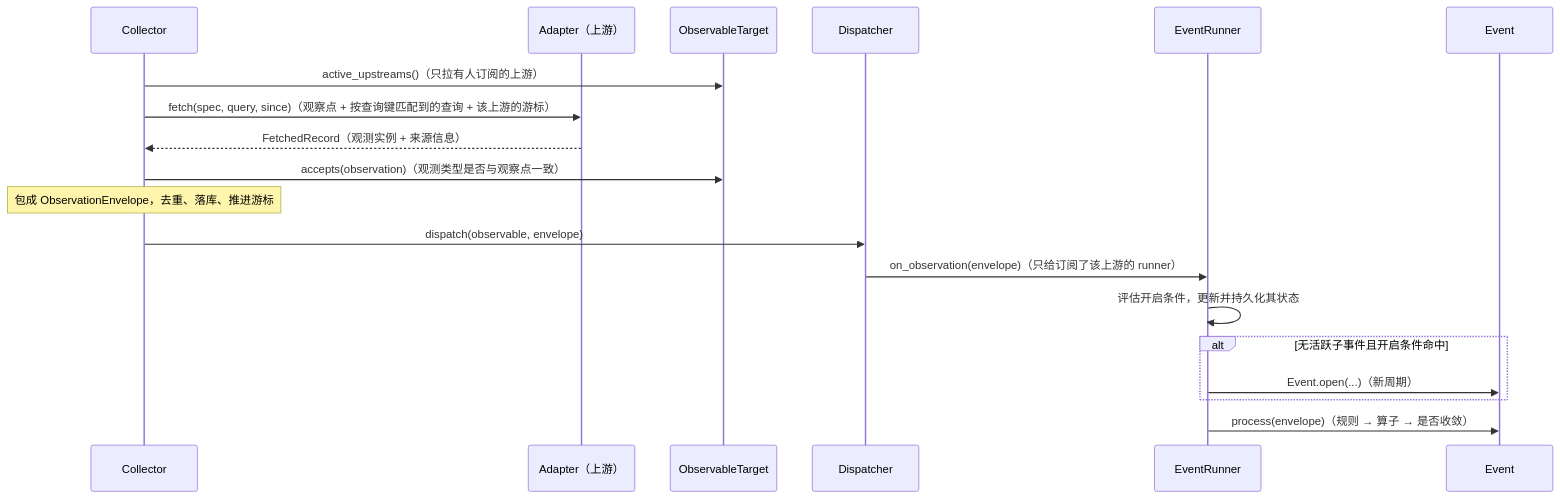
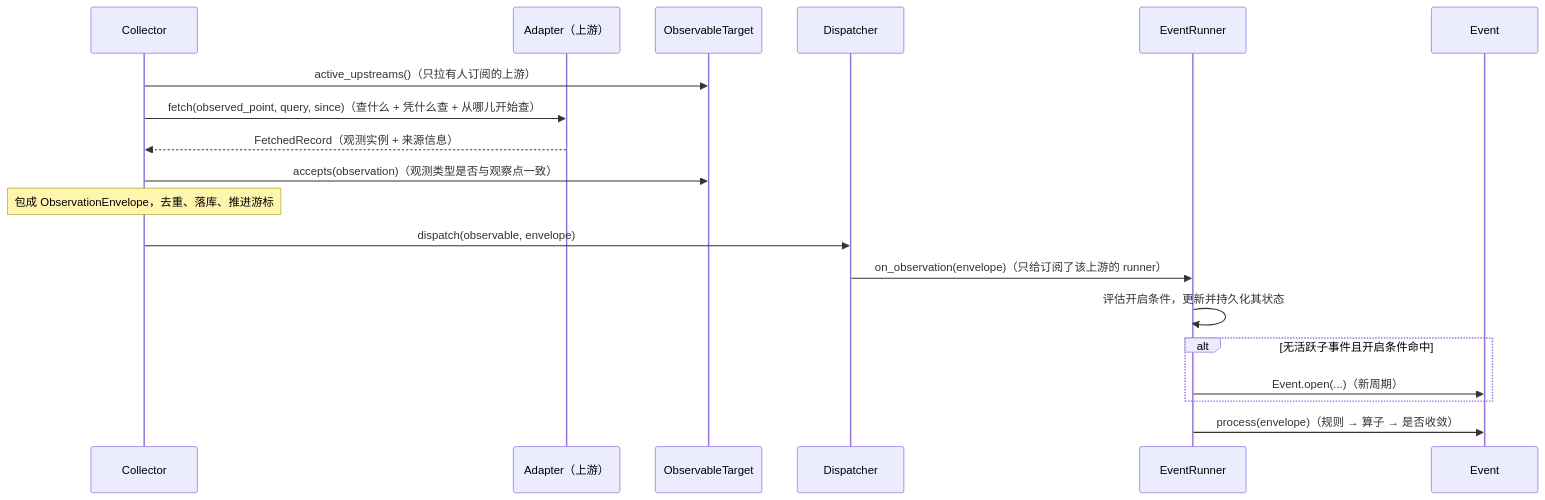
The second of 5 diagrams in README.md (Jeromexsu/Orion), drawn with Mermaid before and after one commit. The commit also changed other lines of this file and 13 other files, not shown here.

First line of the commit message:
refactor(collector): move query matching onto Adapter, drop QuerySpec

````diff
--- a/README.md
+++ b/README.md
@@ -62,22 +62,22 @@
 ```mermaid
 sequenceDiagram
   participant C as Collector
   participant A as Adapter（上游）
   participant O as ObservableTarget
   participant D as Dispatcher
   participant R as EventRunner
   participant E as Event
 
   C->>O: active_upstreams()（只拉有人订阅的上游）
-  C->>A: fetch(spec, query, since)（观察点 + 按查询键匹配到的查询 + 该上游的游标）
+  C->>A: fetch(observed_point, query, since)（查什么 + 凭什么查 + 从哪儿开始查）
   A-->>C: FetchedRecord（观测实例 + 来源信息）
   C->>O: accepts(observation)（观测类型是否与观察点一致）
   Note over C: 包成 ObservationEnvelope，去重、落库、推进游标
   C->>D: dispatch(observable, envelope)
   D->>R: on_observation(envelope)（只给订阅了该上游的 runner）
   R->>R: 评估开启条件，更新并持久化其状态
   alt 无活跃子事件且开启条件命中
     R->>E: Event.open(...)（新周期）
   end
   R->>E: process(envelope)（规则 → 算子 → 是否收敛）
 ```
````
